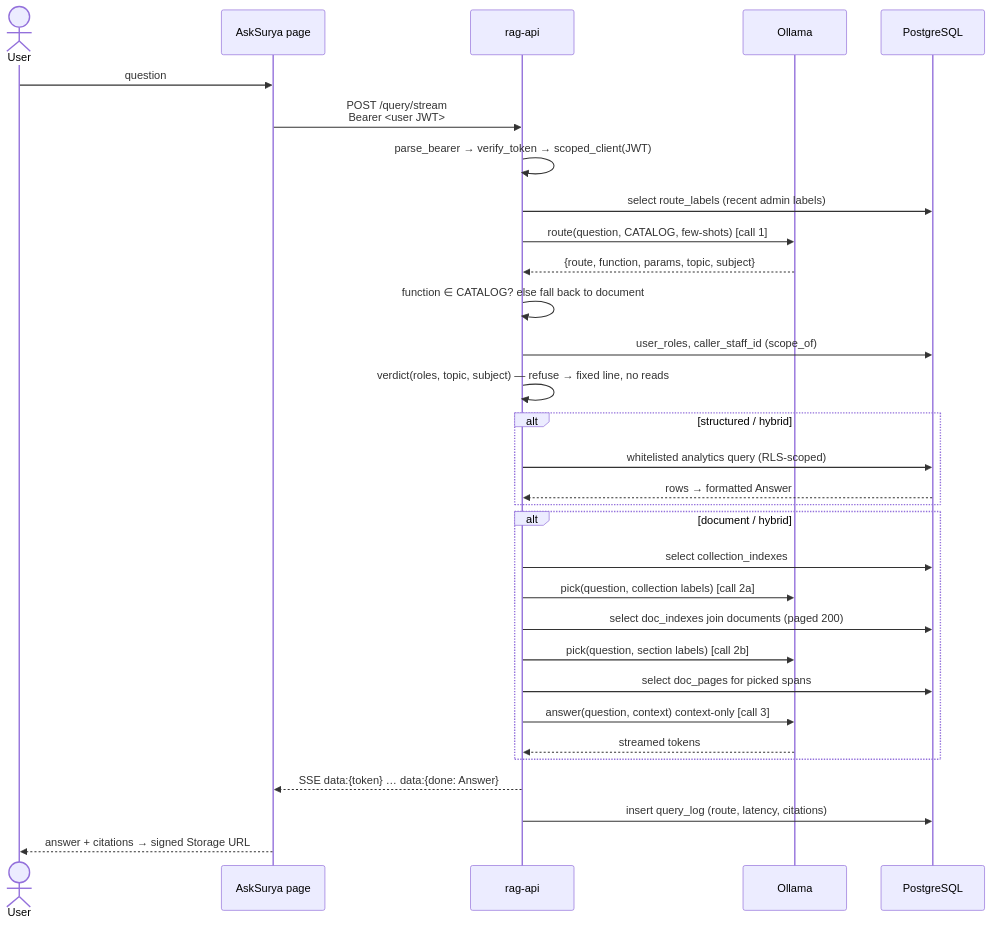
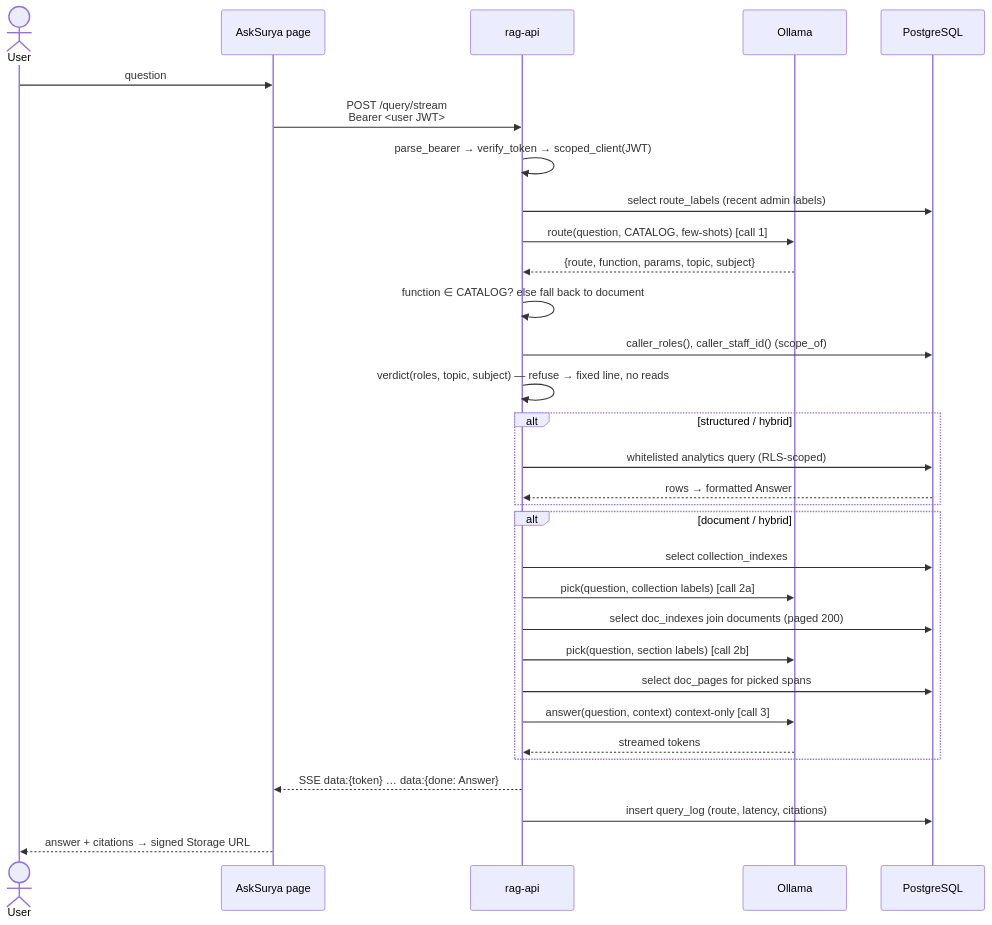
Before and after one commit to vkhare87/SuryaCSIR: the third of 16 diagrams in docs/engineering/system_design.md, drawn with Mermaid. The commit also changed 5 other files, not shown here.

First line of the commit message:
Ask SURYA: read the caller's roles through caller_roles()

````diff
--- a/docs/engineering/system_design.md
+++ b/docs/engineering/system_design.md
@@ -100,37 +100,37 @@
 ```mermaid
 sequenceDiagram
   actor U as User
   participant SPA as AskSurya page
   participant API as rag-api
   participant LLM as Ollama
   participant PG as PostgreSQL
 
   U->>SPA: question
   SPA->>API: POST /query/stream<br/>Bearer <user JWT>
   API->>API: parse_bearer → verify_token → scoped_client(JWT)
   API->>PG: select route_labels (recent admin labels)
   API->>LLM: route(question, CATALOG, few-shots)      [call 1]
   LLM-->>API: {route, function, params, topic, subject}
   API->>API: function ∈ CATALOG? else fall back to document
-  API->>PG: user_roles, caller_staff_id (scope_of)
+  API->>PG: caller_roles(), caller_staff_id() (scope_of)
   API->>API: verdict(roles, topic, subject) — refuse → fixed line, no reads
 
   alt structured / hybrid
     API->>PG: whitelisted analytics query (RLS-scoped)
     PG-->>API: rows → formatted Answer
   end
 
   alt document / hybrid
     API->>PG: select collection_indexes
     API->>LLM: pick(question, collection labels)       [call 2a]
     API->>PG: select doc_indexes join documents (paged 200)
     API->>LLM: pick(question, section labels)          [call 2b]
     API->>PG: select doc_pages for picked spans
     API->>LLM: answer(question, context)  context-only [call 3]
     LLM-->>API: streamed tokens
   end
 
   API-->>SPA: SSE data:{token} … data:{done: Answer}
   API->>PG: insert query_log (route, latency, citations)
   SPA-->>U: answer + citations → signed Storage URL
 ```
````
